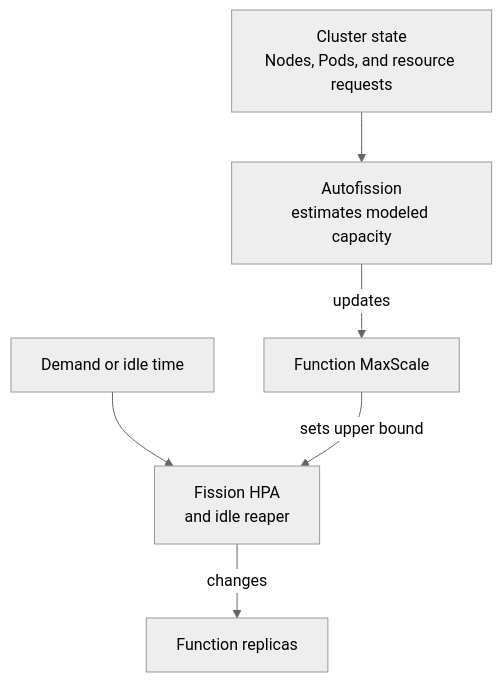
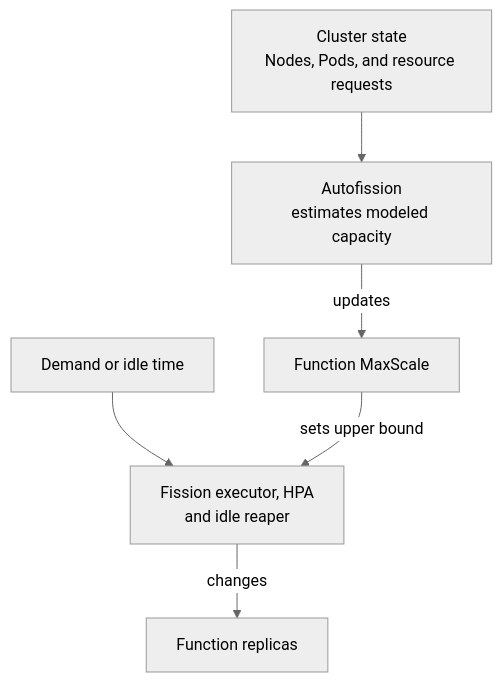
One commit to mutating/autofission changed the diagram in README.md. Above: the diagram before and after it, drawn with Mermaid (neutral theme). The commit also changed other lines of this file, not shown here.

````diff
--- a/README.md
+++ b/README.md
@@ -128,8 +139,8 @@
 ```mermaid
 flowchart TD
     state["Cluster state<br/>Nodes, Pods, and resource requests"] --> autofission["Autofission<br/>estimates modeled capacity"]
     autofission -->|updates| limit["Function MaxScale"]
-    demand["Demand or idle time"] --> scaling["Fission HPA<br/>and idle reaper"]
+    demand["Demand or idle time"] --> scaling["Fission executor, HPA<br/>and idle reaper"]
     limit -->|sets upper bound| scaling
     scaling -->|changes| replicas["Function replicas"]
 ```
````
